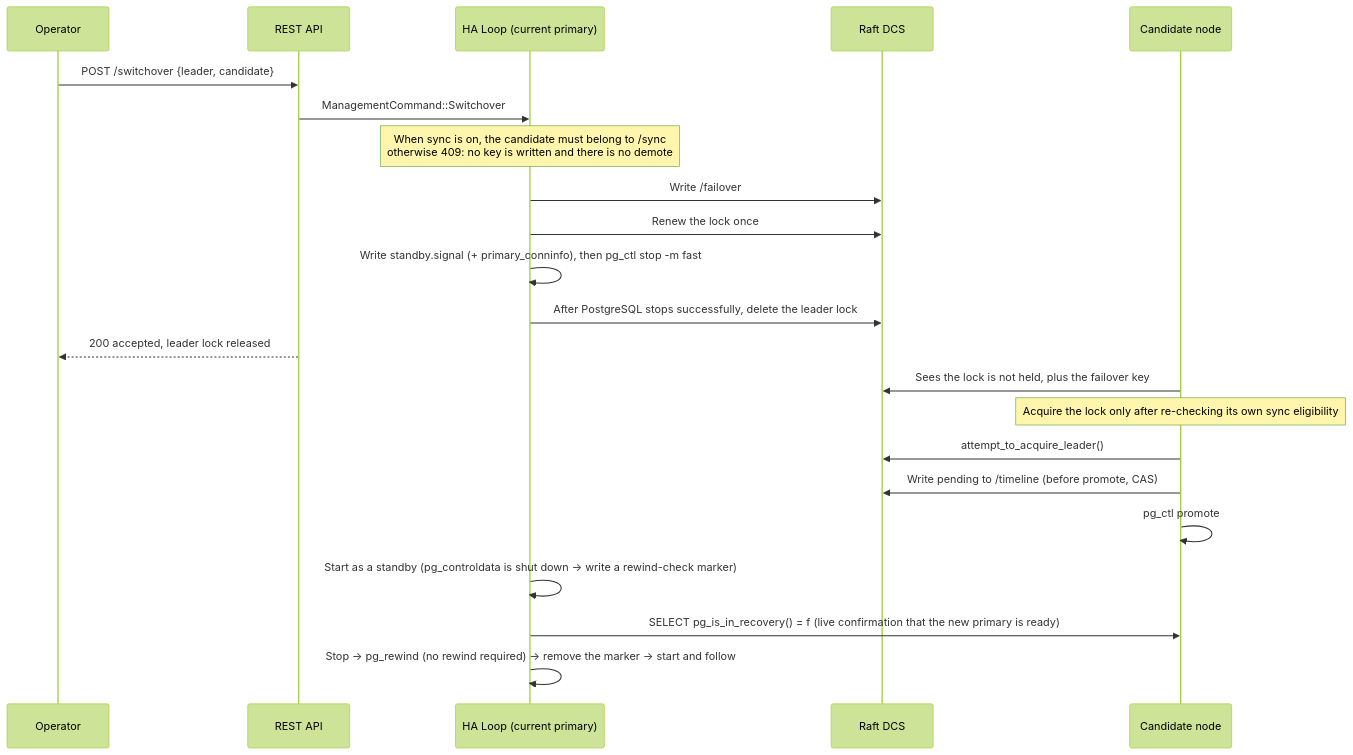
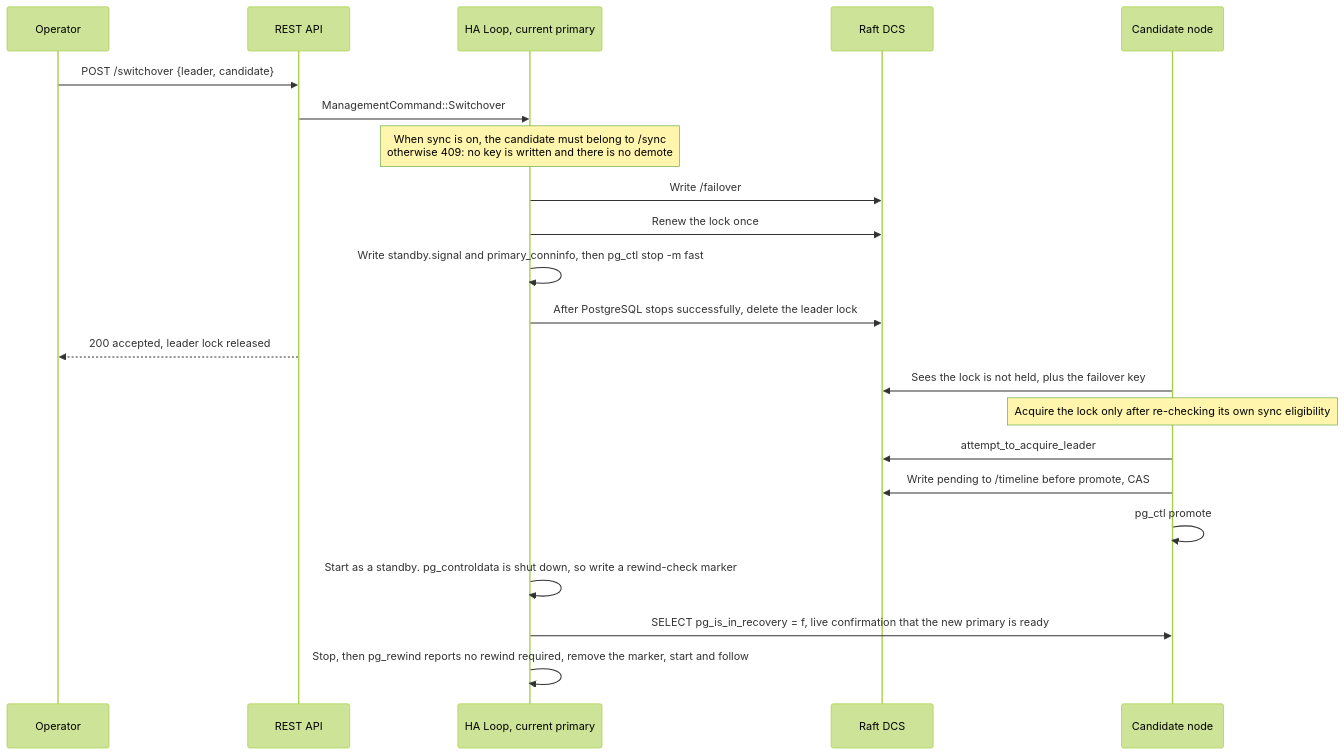
The first of 2 diagrams in docs/en/operations-guide.md (seraphico/pg-ha), drawn with Mermaid (forest theme) before and after one commit. The commit also changed 1 other file, not shown here.

Commit message:
docs: keep English sequence diagrams valid Mermaid
ASCII semicolons and parentheses were parsed as diagram syntax.
The Chinese pages use fullwidth punctuation, so only the English copies broke.

````diff
--- a/docs/en/operations-guide.md
+++ b/docs/en/operations-guide.md
@@ -206,25 +206,25 @@
 ```mermaid
 sequenceDiagram
     participant Admin as Operator
     participant API as REST API
-    participant HA as HA Loop (current primary)
+    participant HA as HA Loop, current primary
     participant DCS as Raft DCS
     participant New as Candidate node
 
     Admin->>API: POST /switchover {leader, candidate}
     API->>HA: ManagementCommand::Switchover
     Note over HA: When sync is on, the candidate must belong to /sync<br/>otherwise 409: no key is written and there is no demote
     HA->>DCS: Write /failover
     HA->>DCS: Renew the lock once
-    HA->>HA: Write standby.signal (+ primary_conninfo), then pg_ctl stop -m fast
+    HA->>HA: Write standby.signal and primary_conninfo, then pg_ctl stop -m fast
     HA->>DCS: After PostgreSQL stops successfully, delete the leader lock
     API-->>Admin: 200 accepted, leader lock released
     New->>DCS: Sees the lock is not held, plus the failover key
     Note over New: Acquire the lock only after re-checking its own sync eligibility
-    New->>DCS: attempt_to_acquire_leader()
-    New->>DCS: Write pending to /timeline (before promote, CAS)
+    New->>DCS: attempt_to_acquire_leader
+    New->>DCS: Write pending to /timeline before promote, CAS
     New->>New: pg_ctl promote
-    HA->>HA: Start as a standby (pg_controldata is shut down → write a rewind-check marker)
-    HA->>New: SELECT pg_is_in_recovery() = f (live confirmation that the new primary is ready)
-    HA->>HA: Stop → pg_rewind (no rewind required) → remove the marker → start and follow
+    HA->>HA: Start as a standby. pg_controldata is shut down, so write a rewind-check marker
+    HA->>New: SELECT pg_is_in_recovery = f, live confirmation that the new primary is ready
+    HA->>HA: Stop, then pg_rewind reports no rewind required, remove the marker, start and follow
 ```
````
